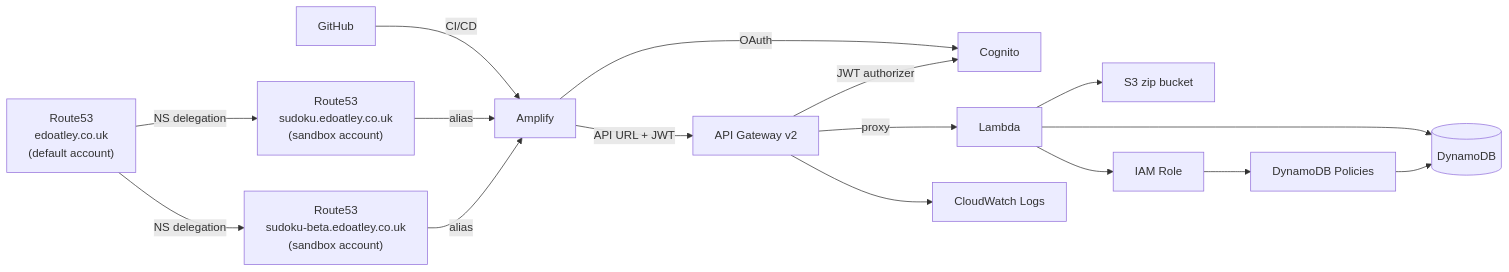
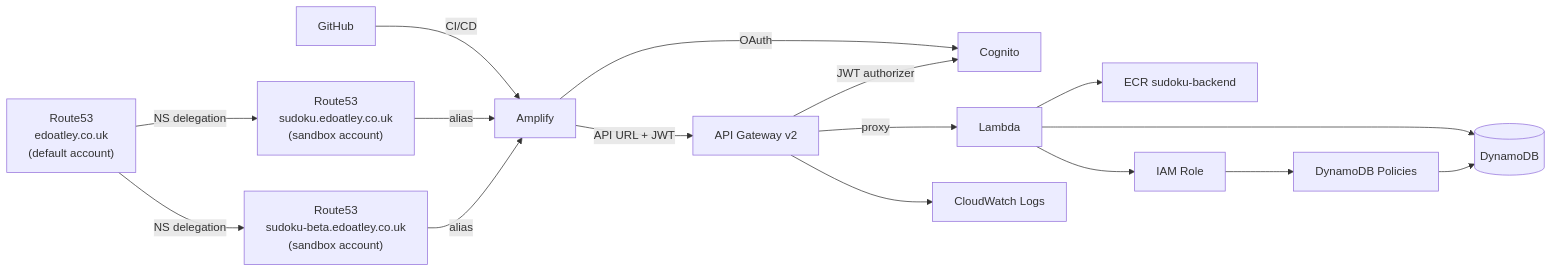
Before and after one commit to edoatley/sudoku-app: the diagram in infra/aws/README.md, drawn with Mermaid. The commit also changed other lines of this file and 27 other files, not shown here.

````diff
--- a/infra/aws/README.md
+++ b/infra/aws/README.md
@@ -9,22 +9,22 @@
 ```mermaid
 flowchart LR
     DNS53P["Route53\nedoatley.co.uk\n(default account)"]
     DNS53S["Route53\nsudoku.edoatley.co.uk\n(sandbox account)"]
     DNS53B["Route53\nsudoku-beta.edoatley.co.uk\n(sandbox account)"]
     DNS53P -->|NS delegation| DNS53S
     DNS53P -->|NS delegation| DNS53B
 
     GH[GitHub] -->|CI/CD| AMP[Amplify]
     DNS53S -->|alias| AMP
     DNS53B -->|alias| AMP
     AMP -->|OAuth| COG[Cognito]
     AMP -->|API URL + JWT| APIGW[API Gateway v2]
     APIGW -->|JWT authorizer| COG
     APIGW -->|proxy| LAM[Lambda]
     APIGW --> CWL[CloudWatch Logs]
-    LAM --> S3Z[S3 zip bucket]
+    LAM --> ECRB[ECR sudoku-backend]
     LAM --> DDB[(DynamoDB)]
     LAM --> ROLE[IAM Role]
     ROLE --> POL[DynamoDB Policies]
     POL --> DDB
 ```
````
